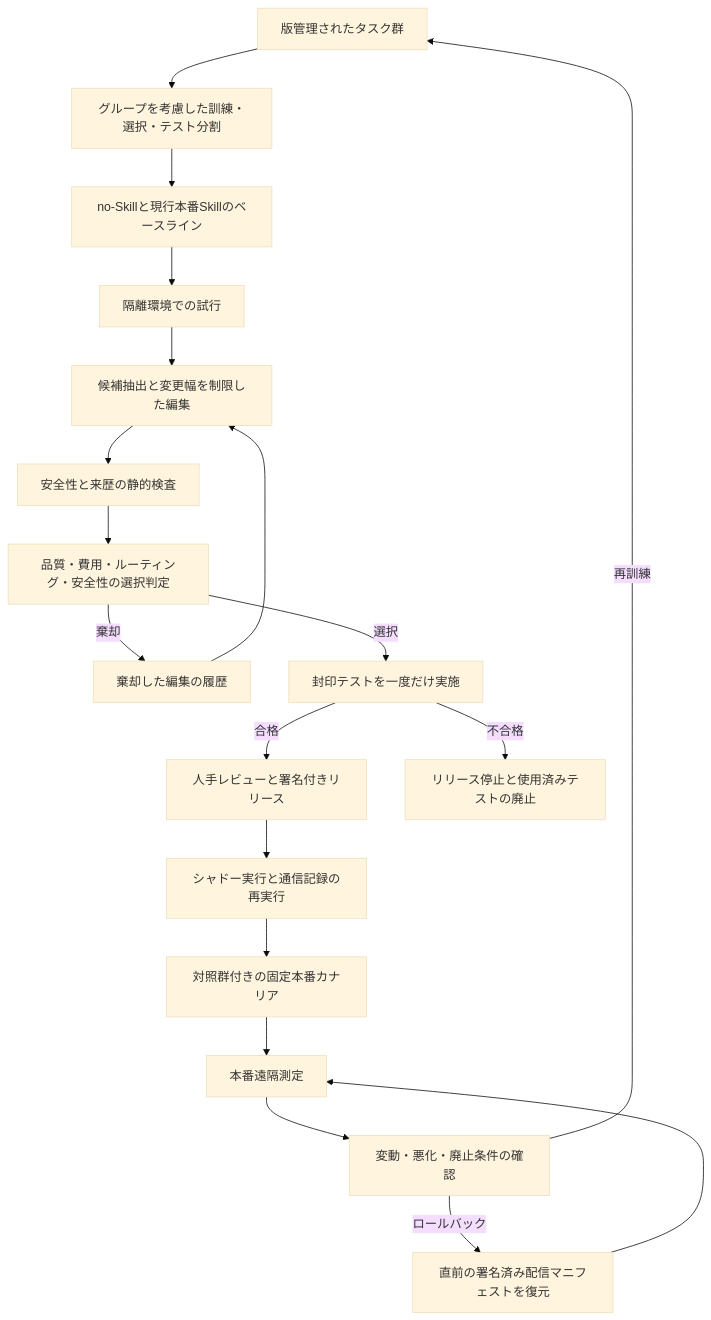
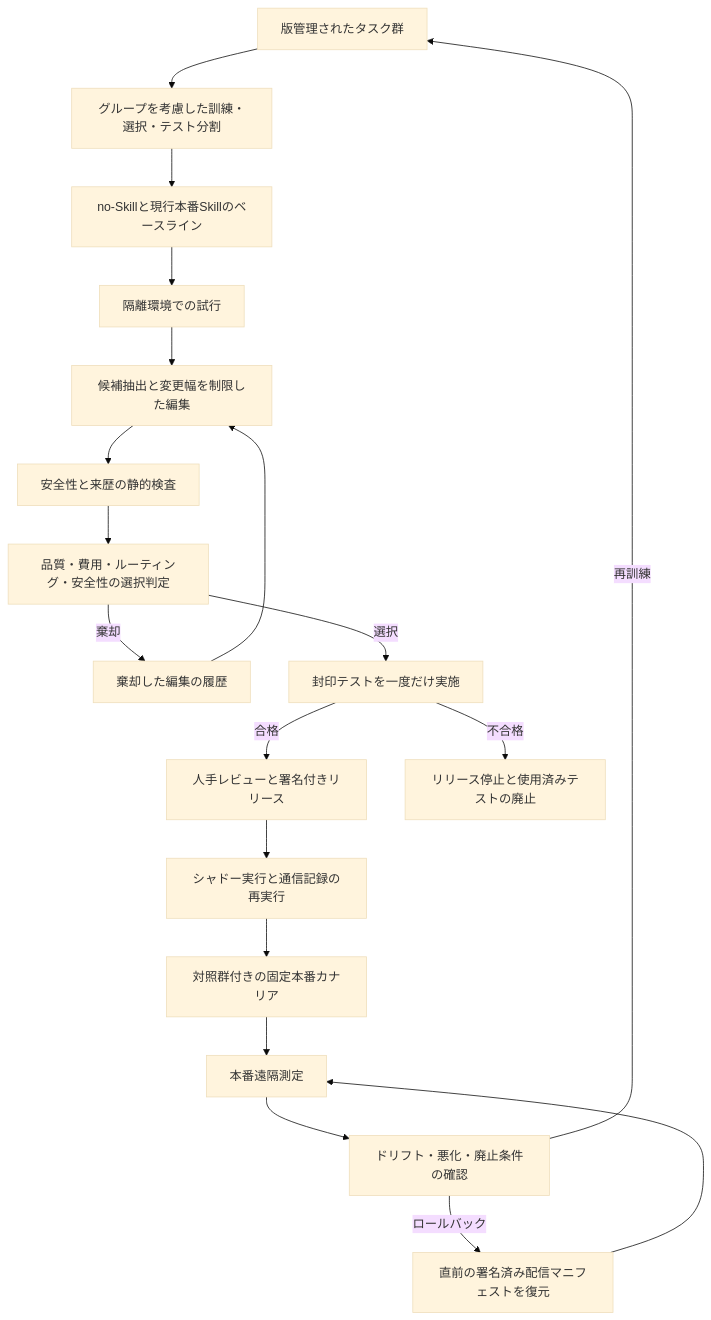
One commit to yoichiozaki/yoichiozaki.github.io changed the second of 3 diagrams in content/blog/ja/agent-skills-automatic-optimization.mdx. Above: the diagram before and after it, drawn with Mermaid (base theme). The commit also changed other lines of this file and 220 other files, not shown here.

````diff
--- a/content/blog/ja/agent-skills-automatic-optimization.mdx
+++ b/content/blog/ja/agent-skills-automatic-optimization.mdx
@@ -301,21 +301,21 @@
 ```mermaid
 flowchart TD
     P[版管理されたタスク群] --> S[グループを考慮した訓練・選択・テスト分割]
     S --> B[no-Skillと現行本番Skillのベースライン]
     B --> T[隔離環境での試行]
     T --> C[候補抽出と変更幅を制限した編集]
     C --> Q[安全性と来歴の静的検査]
     Q --> G[品質・費用・ルーティング・安全性の選択判定]
     G -->|棄却| H[棄却した編集の履歴]
     H --> C
     G -->|選択| F[封印テストを一度だけ実施]
     F -->|合格| R[人手レビューと署名付きリリース]
     F -->|不合格| J[リリース停止と使用済みテストの廃止]
     R --> W[シャドー実行と通信記録の再実行]
     W --> K[対照群付きの固定本番カナリア]
     K --> O[本番遠隔測定]
-    O --> Z[変動・悪化・廃止条件の確認]
+    O --> Z[ドリフト・悪化・廃止条件の確認]
     Z -->|再訓練| P
     Z -->|ロールバック| V[直前の署名済み配信マニフェストを復元]
     V --> O
 ```
````
